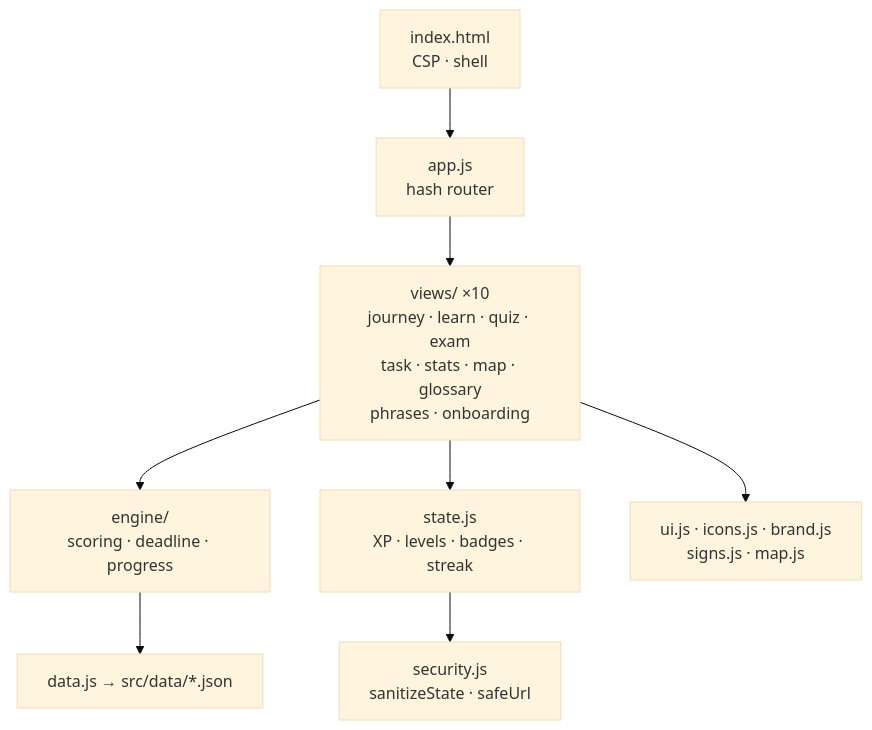
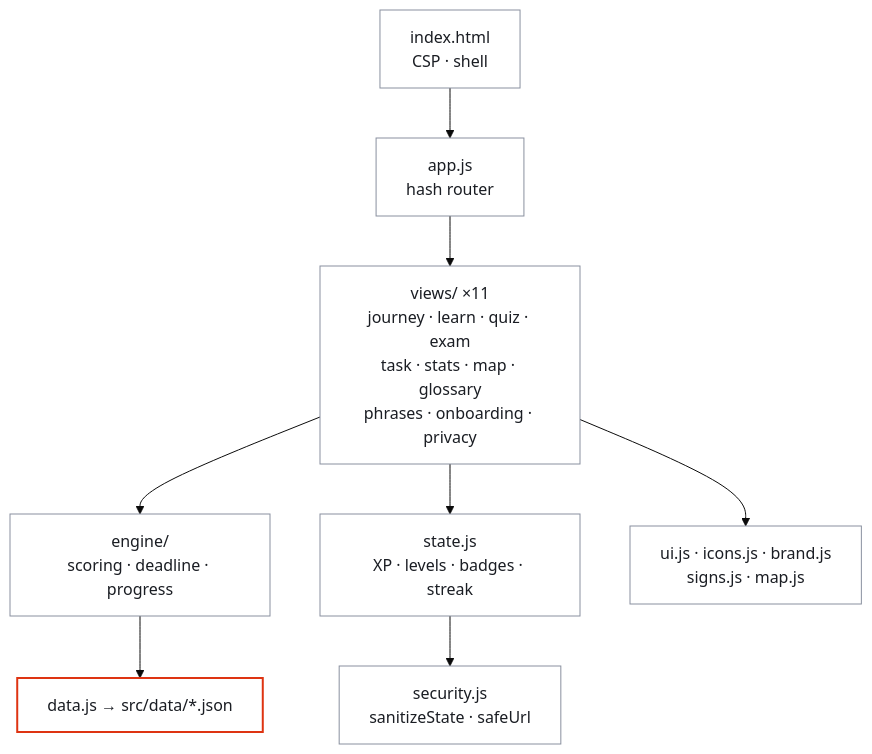
The fourth of 4 diagrams in README.md (agusgonzaleznic/drive-berlin), drawn with Mermaid (base theme) before and after one commit. The commit also changed other lines of this file and 1 other file, not shown here.

````diff
--- a/README.md
+++ b/README.md
@@ -457,10 +470,14 @@
 ```mermaid
 flowchart TD
   H["index.html<br/>CSP · shell"] --> APP["app.js<br/>hash router"]
-  APP --> V["views/ ×10<br/>journey · learn · quiz · exam<br/>task · stats · map · glossary<br/>phrases · onboarding"]
+  APP --> V["views/ ×11<br/>journey · learn · quiz · exam<br/>task · stats · map · glossary<br/>phrases · onboarding · privacy"]
   V --> E["engine/<br/>scoring · deadline · progress"]
   V --> ST["state.js<br/>XP · levels · badges · streak"]
   ST --> SEC["security.js<br/>sanitizeState · safeUrl"]
   V --> UI["ui.js · icons.js · brand.js<br/>signs.js · map.js"]
   E --> D["data.js → src/data/*.json"]
+  classDef default fill:#FFFFFF,stroke:#89909F,color:#1A1D23
+  classDef decide fill:#E9EAED,stroke:#555D6D,color:#1A1D23
+  classDef outcome fill:#FFFFFF,stroke:#DE3412,stroke-width:2px,color:#1A1D23
+  class D outcome
 ```
````
